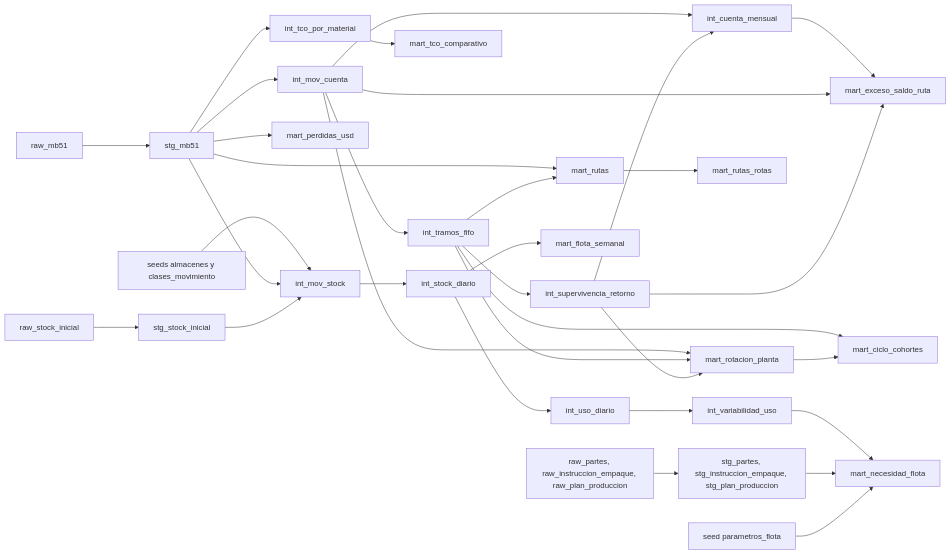
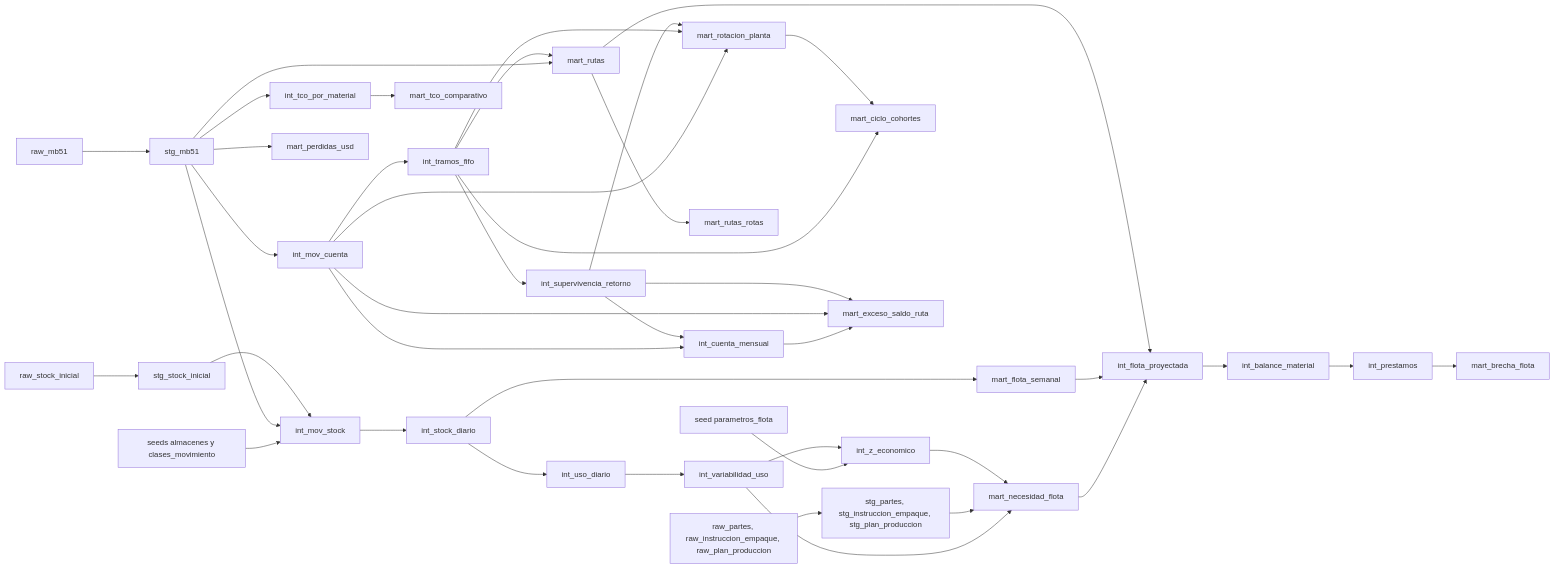
Before and after one commit to juancarlospradologistica-hub/returnable-packaging-intelligence: the second of 3 diagrams in README.md, drawn with Mermaid. The commit also changed other lines of this file, not shown here.

Commit message:
README con la brecha de flota y el estado de Fase 3b

````diff
--- a/README.md
+++ b/README.md
@@ -44,35 +44,43 @@
 ```mermaid
 flowchart LR
     raw[raw_mb51] --> stg[stg_mb51]
     rawsi[raw_stock_inicial] --> stgsi[stg_stock_inicial]
     rawplan[raw_partes, raw_instruccion_empaque, raw_plan_produccion] --> stgplan[stg_partes, stg_instruccion_empaque, stg_plan_produccion]
     stg --> mov[int_mov_cuenta]
     stg --> tcoi[int_tco_por_material]
     stg --> perd[mart_perdidas_usd]
     stg --> mrutas[mart_rutas]
     mov --> fifo[int_tramos_fifo]
     fifo --> sup[int_supervivencia_retorno]
     mov --> cuenta[int_cuenta_mensual]
     sup --> cuenta
     fifo --> mrutas
     mrutas --> rutas[mart_rutas_rotas]
     mov --> rot[mart_rotacion_planta]
     fifo --> rot
     sup --> rot
     fifo --> ciclo[mart_ciclo_cohortes]
     rot --> ciclo
     cuenta --> exceso[mart_exceso_saldo_ruta]
     mov --> exceso
     sup --> exceso
     tcoi --> tco[mart_tco_comparativo]
     seeds[seeds almacenes y clases_movimiento] --> movs[int_mov_stock]
     stg --> movs
     stgsi --> movs
     movs --> diario[int_stock_diario]
     diario --> flota[mart_flota_semanal]
     diario --> uso[int_uso_diario]
     uso --> var[int_variabilidad_uso]
     var --> nec[mart_necesidad_flota]
     stgplan --> nec
-    params[seed parametros_flota] --> nec
+    params[seed parametros_flota] --> zeco[int_z_economico]
+    var --> zeco
+    zeco --> nec
+    nec --> proy[int_flota_proyectada]
+    flota --> proy
+    mrutas --> proy
+    proy --> bal[int_balance_material]
+    bal --> prest[int_prestamos]
+    prest --> brecha[mart_brecha_flota]
 ```
````
